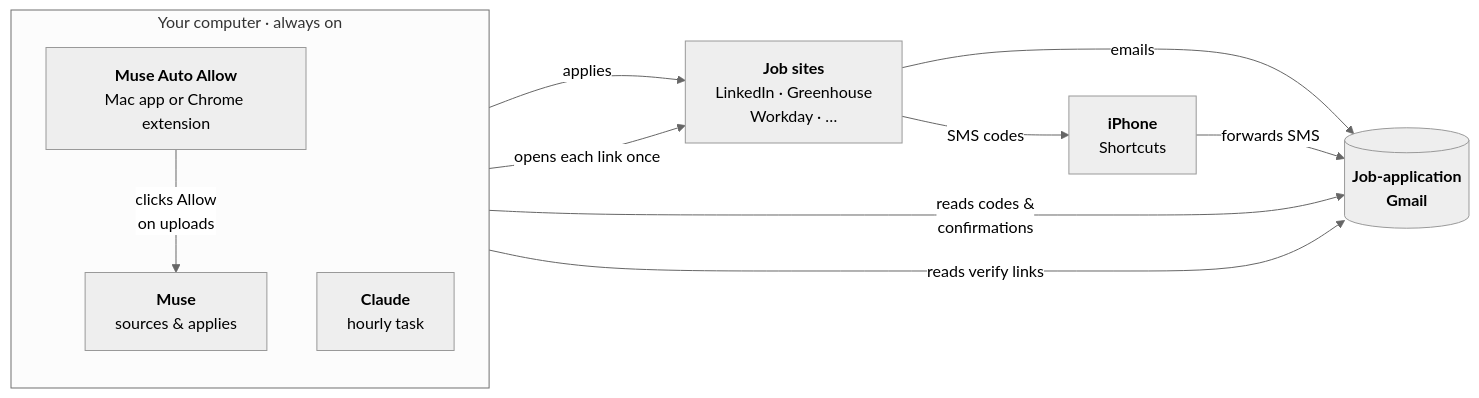
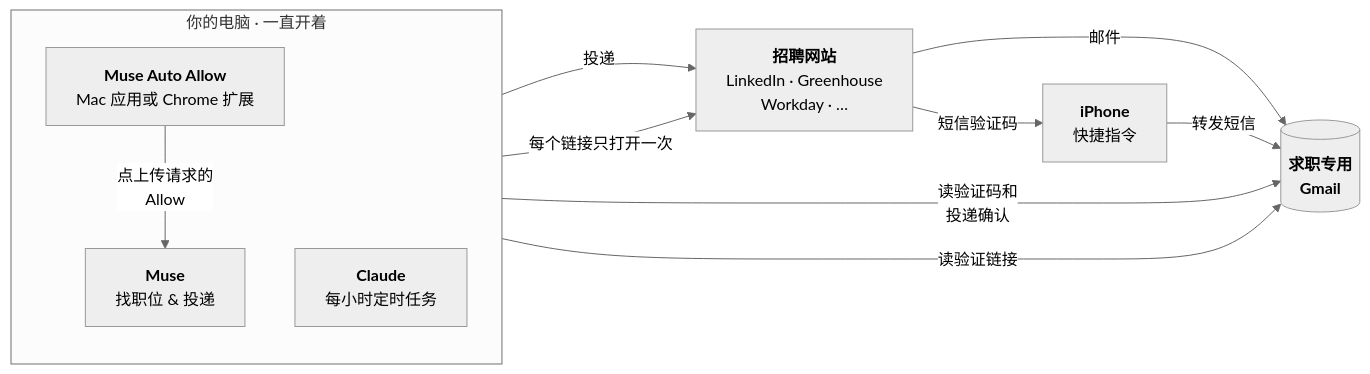
Before and after one commit to Dark417/muse-auto-job-apply: the diagram in README.md, drawn with Mermaid (neutral theme). The commit also changed other lines of this file and 10 other files, not shown here.

First line of the commit message:
Make Chinese README the default, rename Mac app to muse-auto-allow-mac, drop AI-build prompt

````diff
--- a/README.md
+++ b/README.md
@@ -32,22 +31,22 @@
 ```mermaid
 flowchart LR
-    subgraph MAC["Your computer · always on"]
+    subgraph MAC["你的电脑 · 一直开着"]
         direction TB
-        Allow["<b>Muse Auto Allow</b><br/>Mac app or Chrome extension"]
-        Muse["<b>Muse</b><br/>sources &amp; applies"]
-        Claude["<b>Claude</b><br/>hourly task"]
-        Allow -- "clicks Allow<br/>on uploads" --> Muse
+        Allow["<b>Muse Auto Allow</b><br/>Mac 应用或 Chrome 扩展"]
+        Muse["<b>Muse</b><br/>找职位 &amp; 投递"]
+        Claude["<b>Claude</b><br/>每小时定时任务"]
+        Allow -- "点上传请求的<br/>Allow" --> Muse
     end
 
-    Jobs["<b>Job sites</b><br/>LinkedIn · Greenhouse<br/>Workday · …"]
-    Phone["<b>iPhone</b><br/>Shortcuts"]
-    Gmail[("<b>Job-application<br/>Gmail</b>")]
+    Jobs["<b>招聘网站</b><br/>LinkedIn · Greenhouse<br/>Workday · …"]
+    Phone["<b>iPhone</b><br/>快捷指令"]
+    Gmail[("<b>求职专用<br/>Gmail</b>")]
 
-    Muse -- "applies" --> Jobs
-    Muse -- "reads codes &amp;<br/>confirmations" --> Gmail
-    Claude -- "reads verify links" --> Gmail
-    Claude -- "opens each link once" --> Jobs
-    Jobs -- "emails" --> Gmail
-    Jobs -- "SMS codes" --> Phone
-    Phone -- "forwards SMS" --> Gmail
+    Muse -- "投递" --> Jobs
+    Muse -- "读验证码和<br/>投递确认" --> Gmail
+    Claude -- "读验证链接" --> Gmail
+    Claude -- "每个链接只打开一次" --> Jobs
+    Jobs -- "邮件" --> Gmail
+    Jobs -- "短信验证码" --> Phone
+    Phone -- "转发短信" --> Gmail
 ```
````
